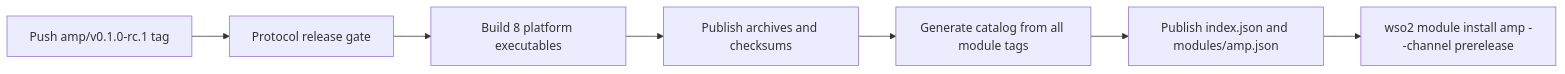
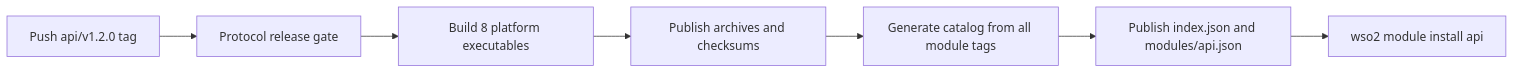
One commit to kanushka/wso2-cli changed the third of 3 diagrams in docs/guides/building-product-modules.md. Above: the diagram before and after it, drawn with Mermaid. The commit also changed other lines of this file and 70 other files, not shown here.

Commit message:
chore: drop the amp, apim and iam modules and the docs written around them

````diff
--- a/docs/guides/building-product-modules.md
+++ b/docs/guides/building-product-modules.md
@@ -663,9 +481,9 @@
 ```mermaid
 flowchart LR
-    T["Push amp/v0.1.0-rc.1 tag"] --> G["Protocol release gate"]
+    T["Push api/v1.2.0 tag"] --> G["Protocol release gate"]
     G --> B["Build 8 platform executables"]
     B --> R["Publish archives and checksums"]
     R --> C["Generate catalog from all module tags"]
-    C --> P["Publish index.json and modules/amp.json"]
-    P --> I["wso2 module install amp --channel prerelease"]
+    C --> P["Publish index.json and modules/api.json"]
+    P --> I["wso2 module install api"]
 ```
````
